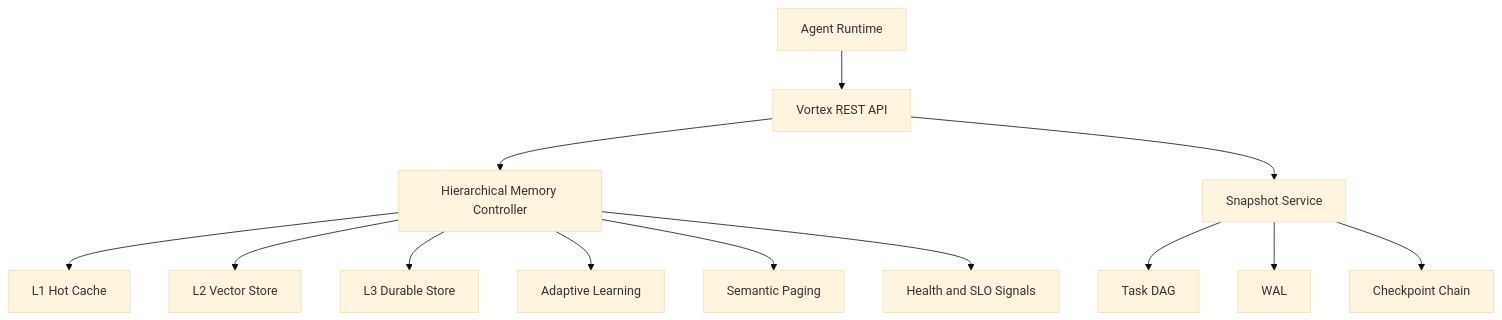
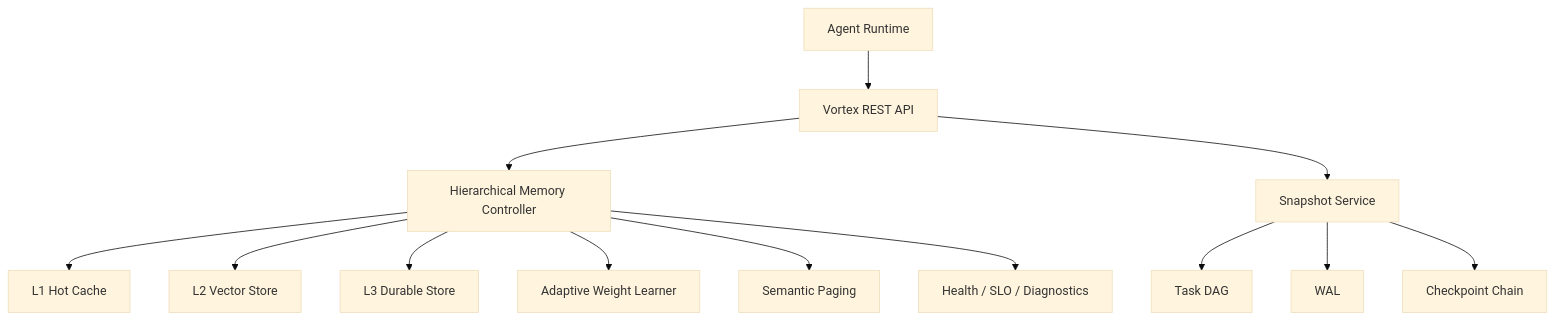
Before and after one commit to HaibaraAi2517/Vortex-showcase: the diagram in README.md, drawn with Mermaid (base theme). The commit also changed other lines of this file, not shown here.

````diff
--- a/README.md
+++ b/README.md
@@ -38,15 +45,15 @@
 ```mermaid
 flowchart TD
     A[Agent Runtime] --> B[Vortex REST API]
     B --> C[Hierarchical Memory Controller]
     C --> D[L1 Hot Cache]
     C --> E[L2 Vector Store]
     C --> F[L3 Durable Store]
-    B --> G[Snapshot Service]
-    G --> H[Task DAG]
-    G --> I[WAL]
-    G --> J[Checkpoint Chain]
-    C --> K[Adaptive Learning]
-    C --> L[Semantic Paging]
-    C --> M[Health and SLO Signals]
+    C --> G[Adaptive Weight Learner]
+    C --> H[Semantic Paging]
+    B --> I[Snapshot Service]
+    I --> J[Task DAG]
+    I --> K[WAL]
+    I --> L[Checkpoint Chain]
+    C --> M[Health / SLO / Diagnostics]
 ```
````
